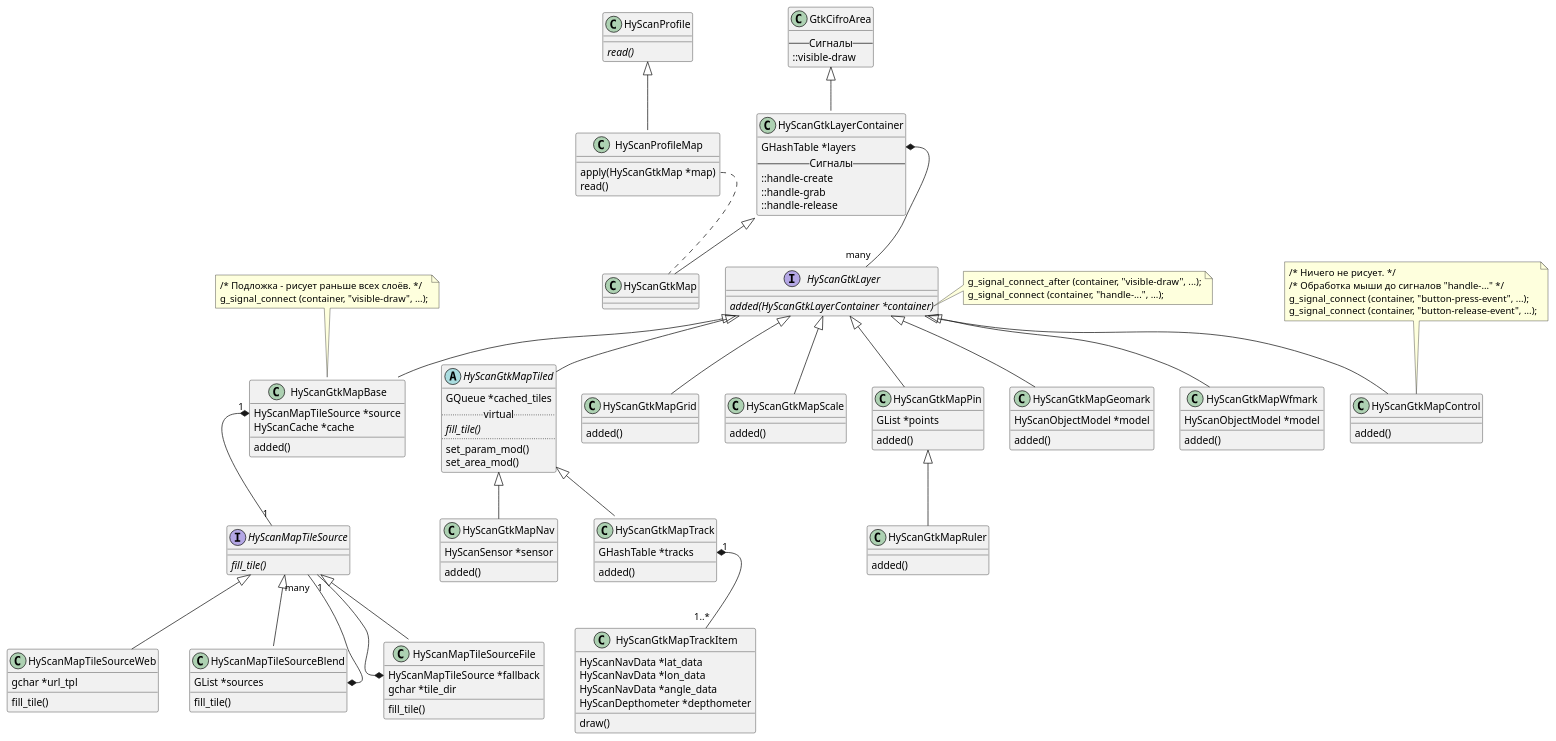
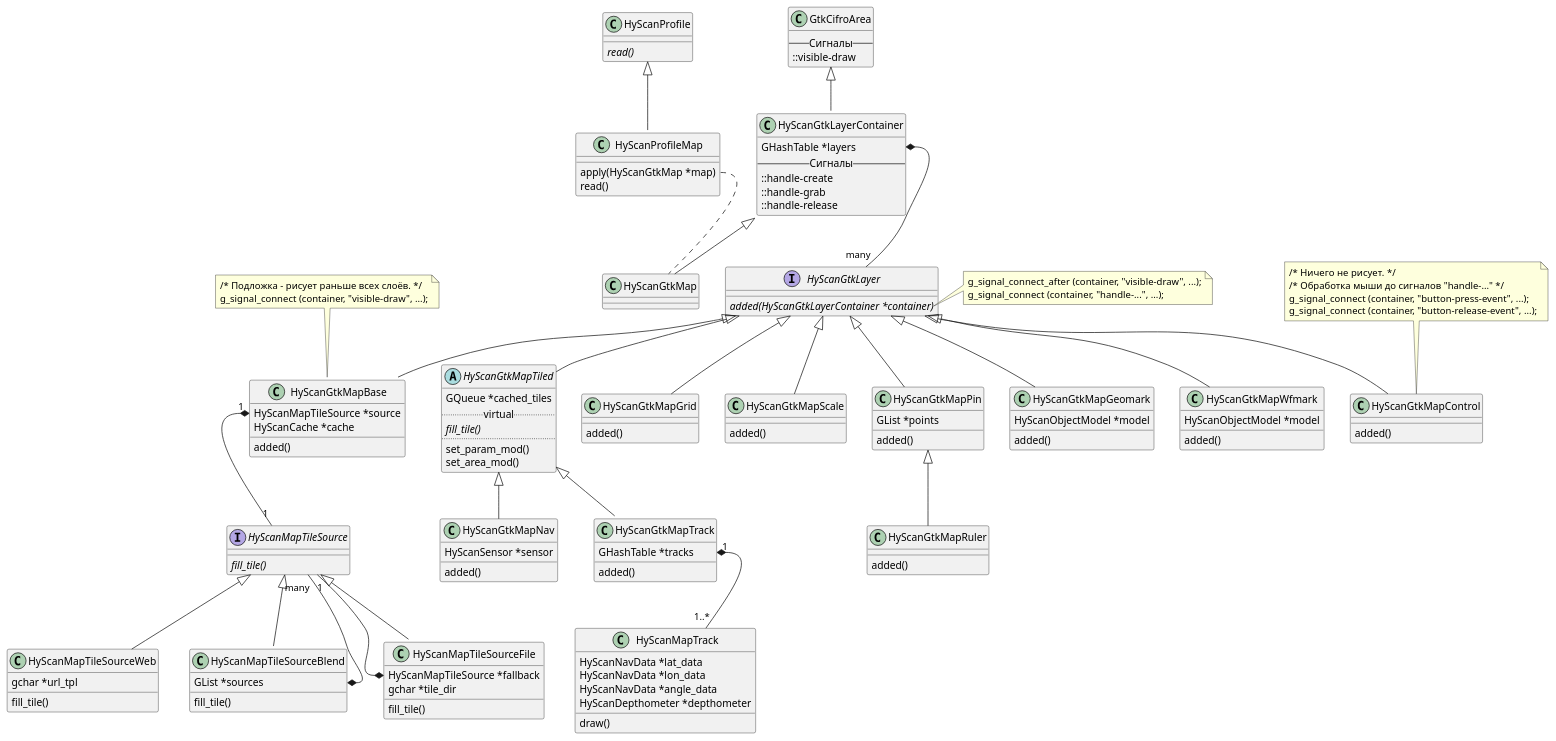
The diagram in hyscangui/hyscan-gtk-map.plantuml (screen-co/libhyscangui), drawn with PlantUML before and after one commit. The commit also changed 13 other files, not shown here.

Commit message:
Перенос HyScanGtkMapTrackItem в hyscancore/HyScanMapTrack

```diff
--- a/hyscangui/hyscan-gtk-map.plantuml
+++ b/hyscangui/hyscan-gtk-map.plantuml
@@ -1,182 +1,182 @@
 @startuml
 
 
 HyScanProfile<|--HyScanProfileMap
 
 GtkCifroArea <|--HyScanGtkLayerContainer
 HyScanGtkLayerContainer <|--HyScanGtkMap
 
 HyScanGtkLayer<|--HyScanGtkMapGeomark
 HyScanGtkLayer<|--HyScanGtkMapWfmark
 HyScanGtkLayer<|--HyScanGtkMapBase
 HyScanGtkLayer<|--HyScanGtkMapTiled
 HyScanGtkLayer<|--HyScanGtkMapGrid
 HyScanGtkLayer<|--HyScanGtkMapScale
 HyScanGtkLayer<|--HyScanGtkMapControl
 HyScanGtkLayer<|--HyScanGtkMapPin
 
 HyScanGtkMapTiled<|--HyScanGtkMapNav
 HyScanGtkMapTiled<|--HyScanGtkMapTrack
 
 HyScanGtkMapPin<|--HyScanGtkMapRuler
 
 HyScanMapTileSource<|--HyScanMapTileSourceFile
 HyScanMapTileSource<|--HyScanMapTileSourceWeb
 HyScanMapTileSource<|--HyScanMapTileSourceBlend
 
-HyScanGtkMapTrack::tracks "1" *-- "1..*" HyScanGtkMapTrackItem
+HyScanGtkMapTrack::tracks "1" *-- "1..*" HyScanMapTrack
 HyScanGtkMapBase::source "1" *-- "1" HyScanMapTileSource
 HyScanMapTileSourceFile::fallback *-- "1" HyScanMapTileSource
 HyScanMapTileSourceBlend::sources *-- "many" HyScanMapTileSource
 HyScanGtkLayerContainer::layers *-- "many" HyScanGtkLayer
 HyScanProfileMap::apply .. HyScanGtkMap
 
 class HyScanProfile
 {
     {abstract} read()
 }
 
 class HyScanProfileMap
 {
     apply(HyScanGtkMap *map)
     read()
 }
 
 class GtkCifroArea
 {
     -- Сигналы --
     ::visible-draw
 }
 
 class HyScanGtkLayerContainer
 {
     GHashTable *layers
     -- Сигналы --
     ::handle-create
     ::handle-grab
     ::handle-release
 }
 
 class HyScanGtkMapGrid
 {
     {method} added()
 }
 
 class HyScanGtkMapScale
 {
     {method} added()
 }
 
 class HyScanGtkMapPin
 {
     GList *points
     {method} added()
 }
 
 class HyScanGtkMapRuler
 {
     {method} added()
 }
 
 class HyScanGtkMapControl
 {
     {method} added()
 }
 
 class HyScanMapTileSourceFile
 {
     {field} HyScanMapTileSource *fallback
     {field} gchar *tile_dir
     {method} fill_tile()
 }
 
 class HyScanMapTileSourceWeb
 {
     {field} gchar *url_tpl
     {method} fill_tile()
 }
 
 class HyScanMapTileSourceBlend
 {
     {field} GList *sources
     {method} fill_tile()
 }
 
 interface HyScanGtkLayer
 {
     {abstract} added(HyScanGtkLayerContainer *container)
 }
 
 abstract HyScanGtkMapTiled
 {
     {field} GQueue *cached_tiles
     .. virtual ..
     {abstract} fill_tile()
     ..
     set_param_mod()
     set_area_mod()
 }
 
 class HyScanGtkMapNav
 {
     HyScanSensor *sensor
     added()
 }
 
 class HyScanGtkMapBase
 {
     {field} HyScanMapTileSource *source
     {field} HyScanCache *cache
     {method} added()
 }
 
 interface HyScanMapTileSource
 {
     {abstract} fill_tile()
 }
 
 class HyScanGtkMapGeomark
 {
     {field} HyScanObjectModel *model
     {method} added()
 }
 
 class HyScanGtkMapWfmark
 {
     {field} HyScanObjectModel *model
     {method} added()
 }
 
 class HyScanGtkMapTrack
 {
     {field} GHashTable *tracks
     {method} added()
 }
 
-class HyScanGtkMapTrackItem
+class HyScanMapTrack
 {
     HyScanNavData *lat_data
     HyScanNavData *lon_data
     HyScanNavData *angle_data
     HyScanDepthometer *depthometer
     {method} draw()
 }
 
 note right of HyScanGtkLayer::added
   g_signal_connect_after (container, "visible-draw", ...);
   g_signal_connect (container, "handle-...", ...);
 end note
 
 note top of HyScanGtkMapControl
   /* Ничего не рисует. */
   /* Обработка мыши до сигналов "handle-..." */
   g_signal_connect (container, "button-press-event", ...);
   g_signal_connect (container, "button-release-event", ...);
 end note
 
 note top of HyScanGtkMapBase
   /* Подложка - рисует раньше всех слоёв. */
   g_signal_connect (container, "visible-draw", ...);
 end note
 
 @enduml
```
